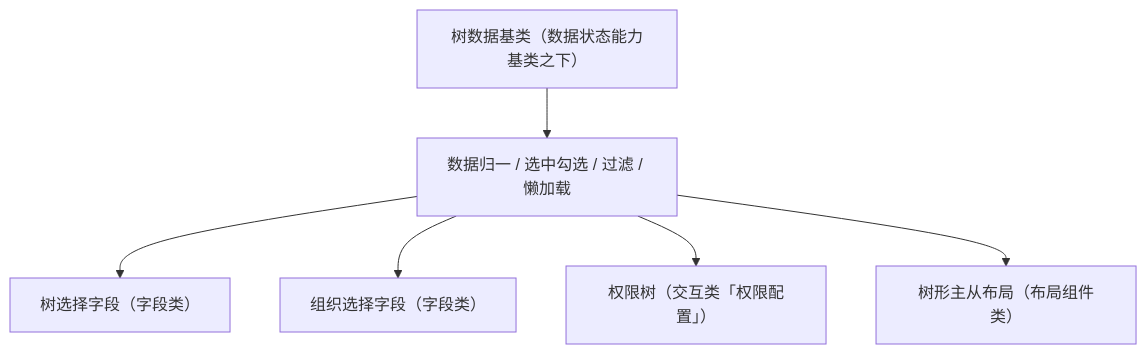
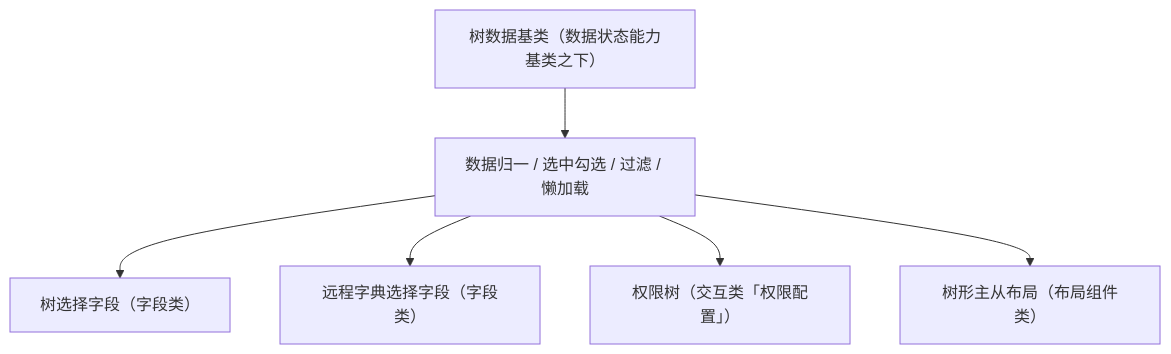
Before and after one commit to minjian123/basic-management-system: the diagram in bms文档/设计/组件设计/02_基础组件类/03_域基类/03_组件设计_树域基类/03_组件设计_树域基类.md, drawn with Mermaid. The commit also changed other lines of this file and 501 other files, not shown here.

````diff
--- a/bms文档/设计/组件设计/02_基础组件类/03_域基类/03_组件设计_树域基类/03_组件设计_树域基类.md
+++ b/bms文档/设计/组件设计/02_基础组件类/03_域基类/03_组件设计_树域基类/03_组件设计_树域基类.md
@@ -16,8 +16,8 @@
 ```mermaid
 flowchart TD
     U["树数据基类（数据状态能力基类之下）"] --> B["数据归一 / 选中勾选 / 过滤 / 懒加载"]
     B --> T1["树选择字段（字段类）"]
-    B --> T2["组织选择字段（字段类）"]
+    B --> T2["远程字典选择字段（字段类）"]
     B --> T3["权限树（交互类「权限配置」）"]
     B --> T4["树形主从布局（布局组件类）"]
 ```
````
